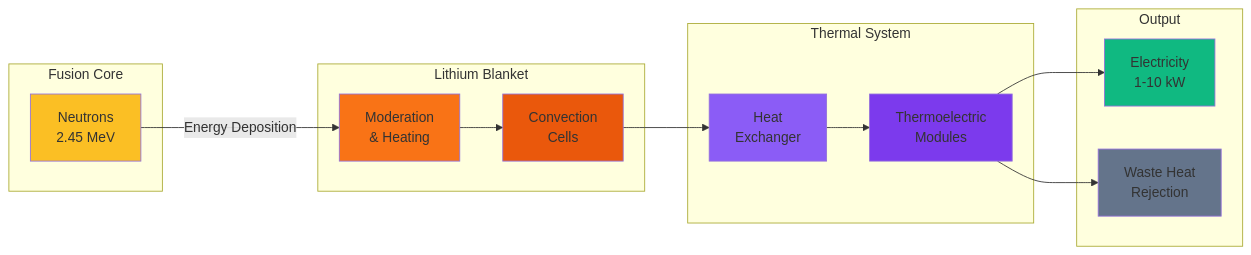
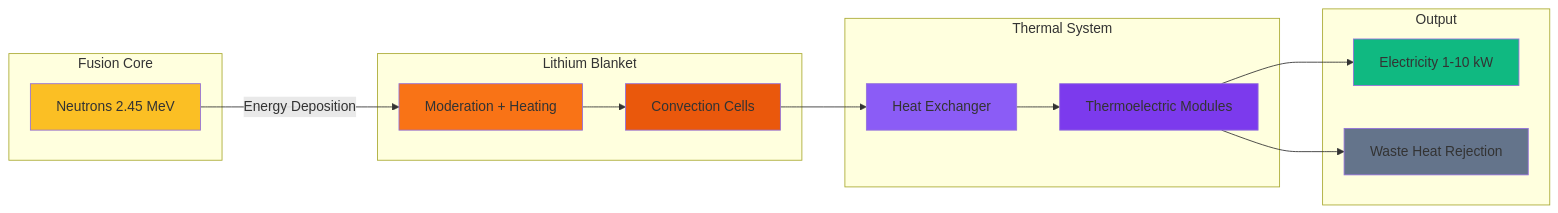
Before and after one commit to szemkoff/LAFRES: the second of 3 diagrams in website/docs/diagrams.md, drawn with Mermaid. The commit also changed other lines of this file and 7 other files, not shown here.

First line of the commit message:
Fix Mermaid diagram syntax - remove br tags

````diff
--- a/website/docs/diagrams.md
+++ b/website/docs/diagrams.md
@@ -90,36 +90,36 @@
 ```mermaid
 flowchart LR
     subgraph Core["Fusion Core"]
-        N[Neutrons<br/>2.45 MeV]
+        N["Neutrons 2.45 MeV"]
     end
     
     subgraph Lithium["Lithium Blanket"]
-        M[Moderation<br/>& Heating]
-        C[Convection<br/>Cells]
+        M["Moderation + Heating"]
+        C["Convection Cells"]
     end
     
     subgraph Thermal["Thermal System"]
-        HX[Heat<br/>Exchanger]
-        TE[Thermoelectric<br/>Modules]
+        HX["Heat Exchanger"]
+        TE["Thermoelectric Modules"]
     end
     
     subgraph Output["Output"]
-        E[Electricity<br/>1-10 kW]
-        W[Waste Heat<br/>Rejection]
+        E["Electricity 1-10 kW"]
+        W["Waste Heat Rejection"]
     end
     
     N -->|Energy Deposition| M
     M --> C
     C --> HX
     HX --> TE
     TE --> E
     TE --> W
     
     style N fill:#fbbf24
     style M fill:#f97316
     style C fill:#ea580c
     style HX fill:#8b5cf6
     style TE fill:#7c3aed
     style E fill:#10b981
     style W fill:#64748b
 ```
````
